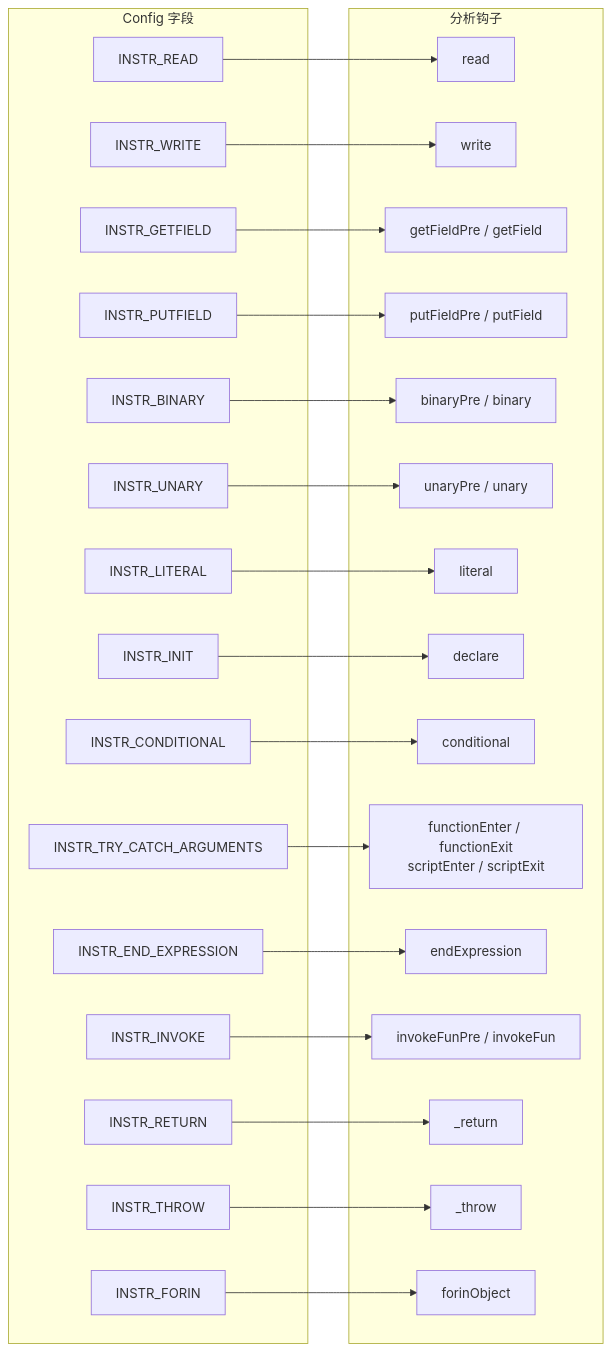
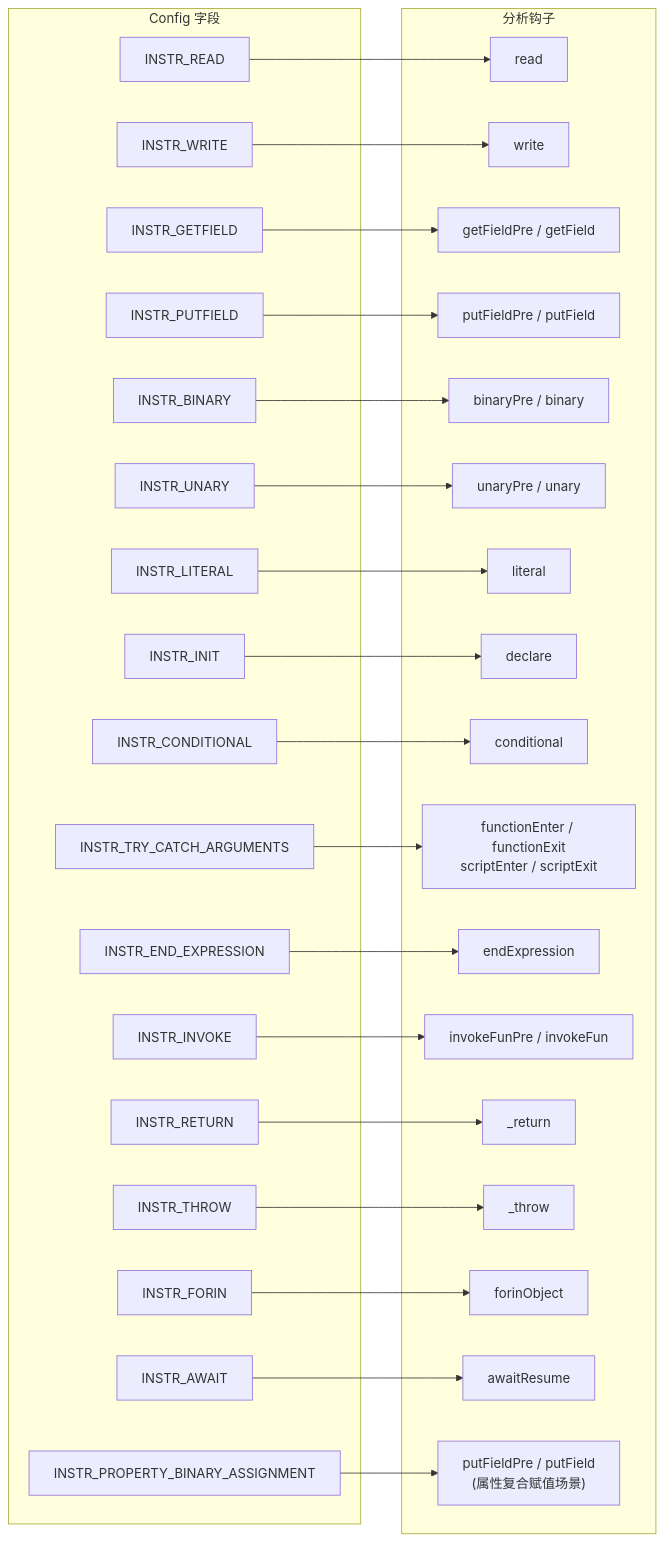
The diagram in docs/Configuration.md (fuckreverse/Jani), drawn with Mermaid before and after one commit. The commit also changed other lines of this file and 26 other files, not shown here.

````diff
--- a/docs/Configuration.md
+++ b/docs/Configuration.md
@@ -46,54 +48,60 @@
 ```mermaid
 flowchart LR
     subgraph Config["Config 字段"]
         RD["INSTR_READ"]
         WR["INSTR_WRITE"]
         GF["INSTR_GETFIELD"]
         PF["INSTR_PUTFIELD"]
         BN["INSTR_BINARY"]
         UN["INSTR_UNARY"]
         LT["INSTR_LITERAL"]
         IN["INSTR_INIT"]
         CD["INSTR_CONDITIONAL"]
         TC["INSTR_TRY_CATCH_ARGUMENTS"]
         EE["INSTR_END_EXPRESSION"]
         IV["INSTR_INVOKE"]
         RT["INSTR_RETURN"]
         TH["INSTR_THROW"]
         FI["INSTR_FORIN"]
+    AW["INSTR_AWAIT"]
+    PBA["INSTR_PROPERTY_BINARY_ASSIGNMENT"]
     end
 
     subgraph Hooks["分析钩子"]
         read["read"]
         write["write"]
         getField["getFieldPre / getField"]
         putField["putFieldPre / putField"]
         binary["binaryPre / binary"]
         unary["unaryPre / unary"]
         literal["literal"]
         declare["declare"]
         cond["conditional"]
         fnLife["functionEnter / functionExit\nscriptEnter / scriptExit"]
         endExpr["endExpression"]
         invoke["invokeFunPre / invokeFun"]
         ret["_return"]
         thr["_throw"]
         forin["forinObject"]
+        awaitRes["awaitResume"]
+        propBin["putFieldPre / putField\n(属性复合赋值场景)"]
     end
 
     RD --> read
     WR --> write
     GF --> getField
     PF --> putField
     BN --> binary
     UN --> unary
     LT --> literal
     IN --> declare
     CD --> cond
     TC --> fnLife
     EE --> endExpr
     IV --> invoke
     RT --> ret
     TH --> thr
     FI --> forin
+    AW --> awaitRes
+    PBA --> propBin
 ```
````
